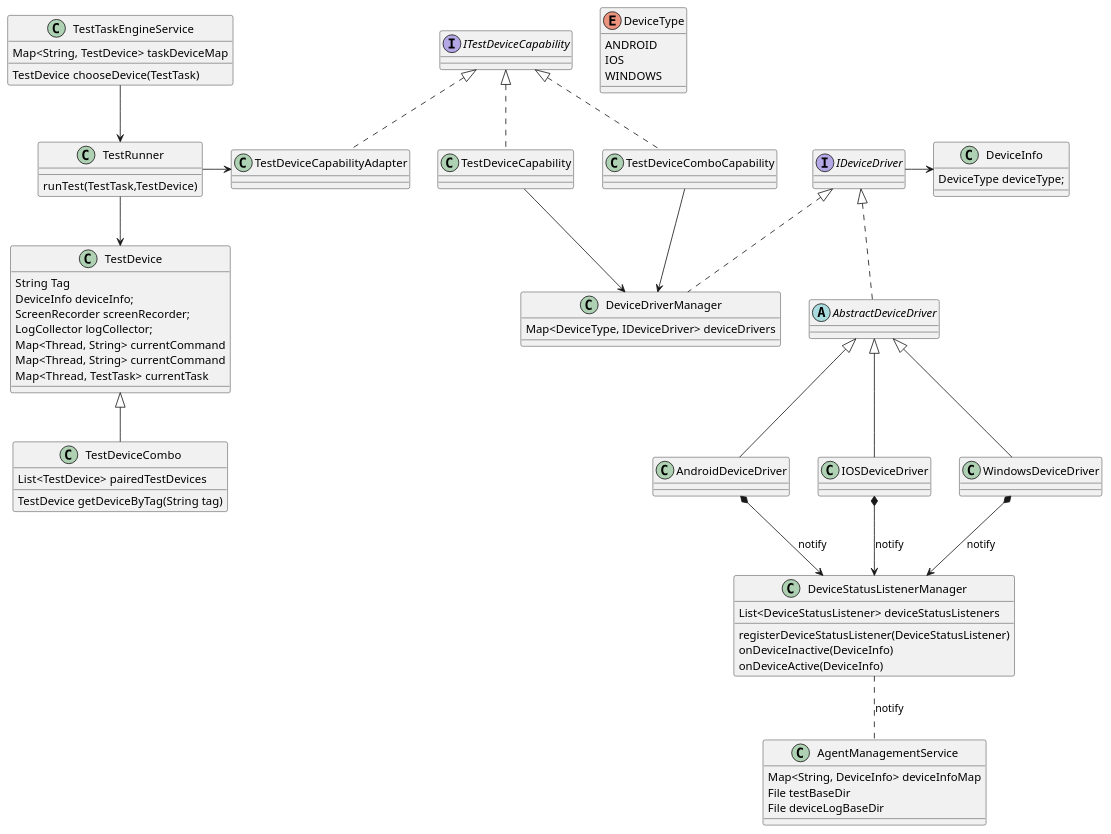
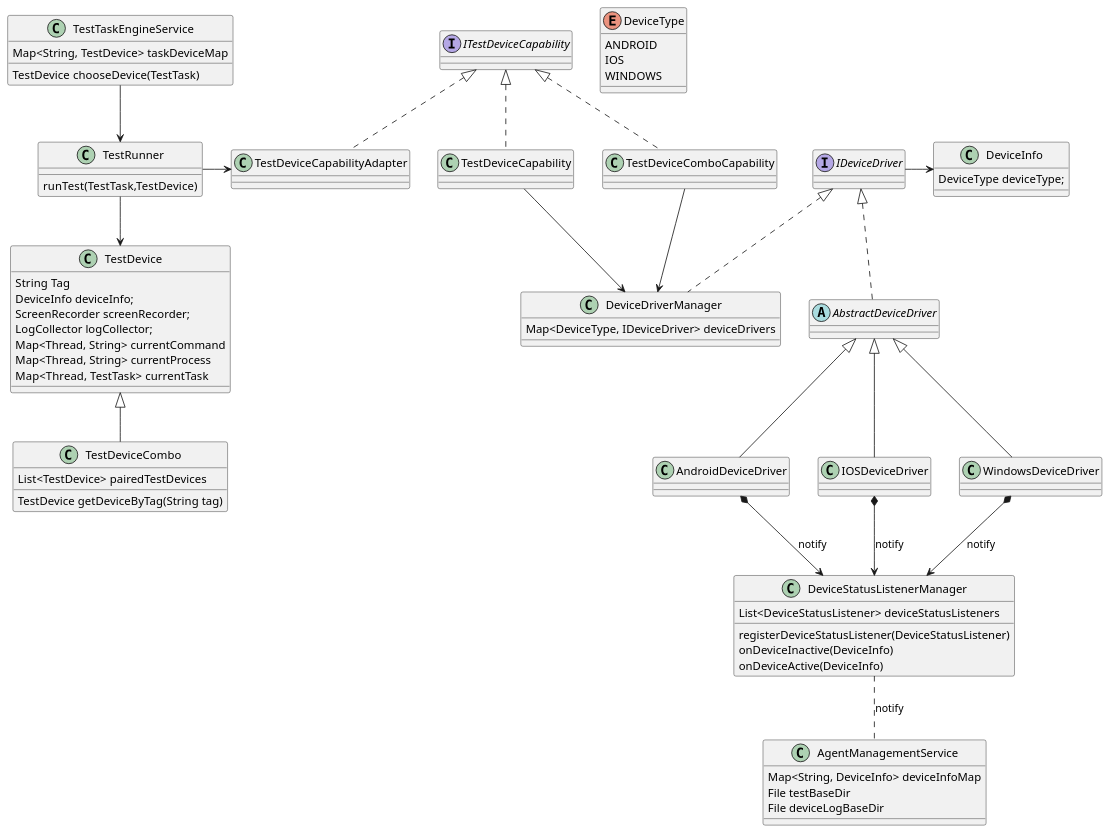
One commit to microsoft/HydraLab changed the diagram in agent/doc/UML/agent_device_management_design.puml. Above: the diagram before and after it, drawn with PlantUML.

```diff
--- a/agent/doc/UML/agent_device_management_design.puml
+++ b/agent/doc/UML/agent_device_management_design.puml
@@ -1,79 +1,79 @@
 @startuml
 'https://plantuml.com/class-diagram
 enum DeviceType{
     ANDROID
     IOS
     WINDOWS
 }
 
 class DeviceInfo{
     DeviceType deviceType;
 }
 
 class AgentManagementService {
     Map<String, DeviceInfo> deviceInfoMap
     File testBaseDir
     File deviceLogBaseDir
 }
 class DeviceStatusListenerManager{
     List<DeviceStatusListener> deviceStatusListeners
     registerDeviceStatusListener(DeviceStatusListener)
     onDeviceInactive(DeviceInfo)
     onDeviceActive(DeviceInfo)
 }
 class TestTaskEngineService{
     TestDevice chooseDevice(TestTask)
     Map<String, TestDevice> taskDeviceMap
 }
 
 
 class DeviceInfo
 interface ITestDeviceCapability
 class TestDeviceCapability implements ITestDeviceCapability
 class TestDeviceComboCapability implements ITestDeviceCapability
 class TestDeviceCapabilityAdapter implements ITestDeviceCapability
 
 class TestDevice{
 String Tag
 DeviceInfo deviceInfo;
 ScreenRecorder screenRecorder;
 LogCollector logCollector;
 Map<Thread, String> currentCommand
-Map<Thread, String> currentCommand
+Map<Thread, String> currentProcess
 Map<Thread, TestTask> currentTask
 }
 
 class TestDeviceCombo extends TestDevice{
 List<TestDevice> pairedTestDevices
 TestDevice getDeviceByTag(String tag)
 }
 
 class TestRunner{
     runTest(TestTask,TestDevice)
 }
 
 interface IDeviceDriver
 class DeviceDriverManager implements IDeviceDriver{
 Map<DeviceType, IDeviceDriver> deviceDrivers
 }
 abstract class AbstractDeviceDriver implements IDeviceDriver
 class AndroidDeviceDriver extends AbstractDeviceDriver
 class IOSDeviceDriver   extends AbstractDeviceDriver
 class WindowsDeviceDriver extends AbstractDeviceDriver
 
 
 TestRunner --> TestDevice
 TestRunner -r-> TestDeviceCapabilityAdapter
 TestDeviceCapability --> DeviceDriverManager
 TestDeviceComboCapability --> DeviceDriverManager
 
 TestTaskEngineService --> TestRunner
 
 IDeviceDriver -> DeviceInfo
 AndroidDeviceDriver *--> DeviceStatusListenerManager : notify
 IOSDeviceDriver *--> DeviceStatusListenerManager : notify
 WindowsDeviceDriver *--> DeviceStatusListenerManager : notify
 
 DeviceStatusListenerManager .. AgentManagementService : notify
 
 @enduml
```
